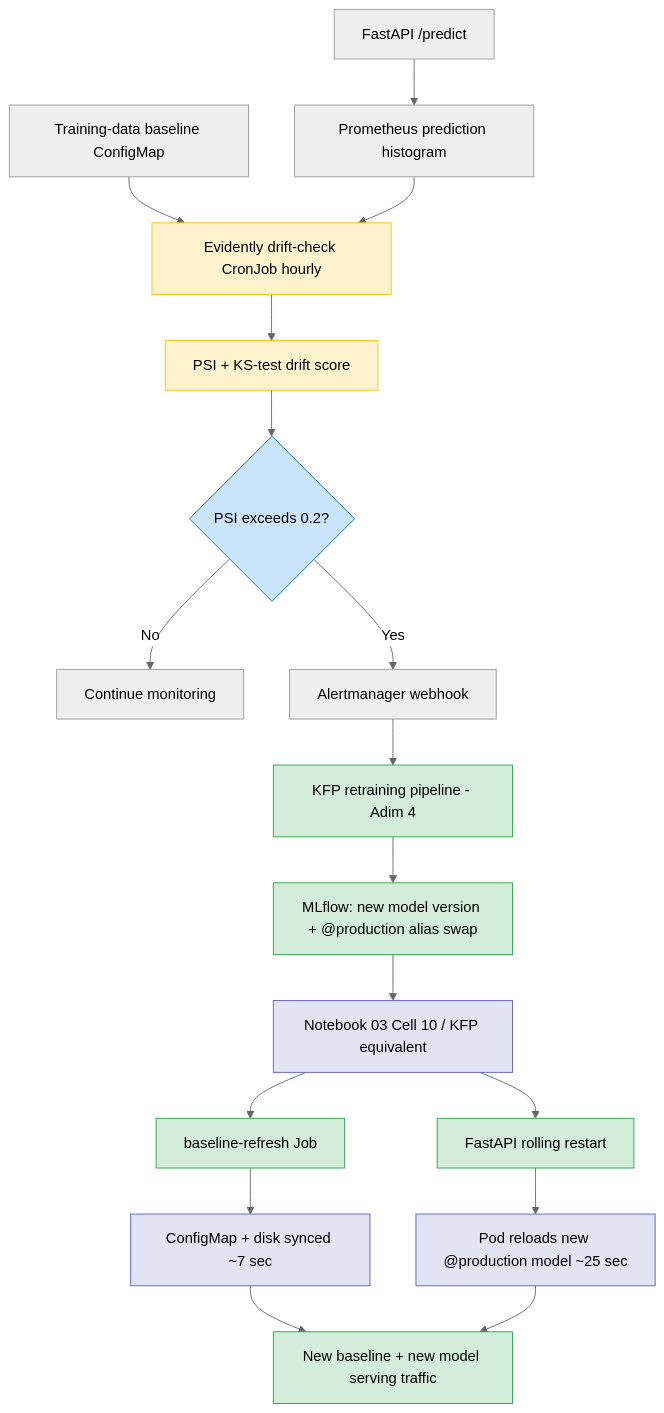
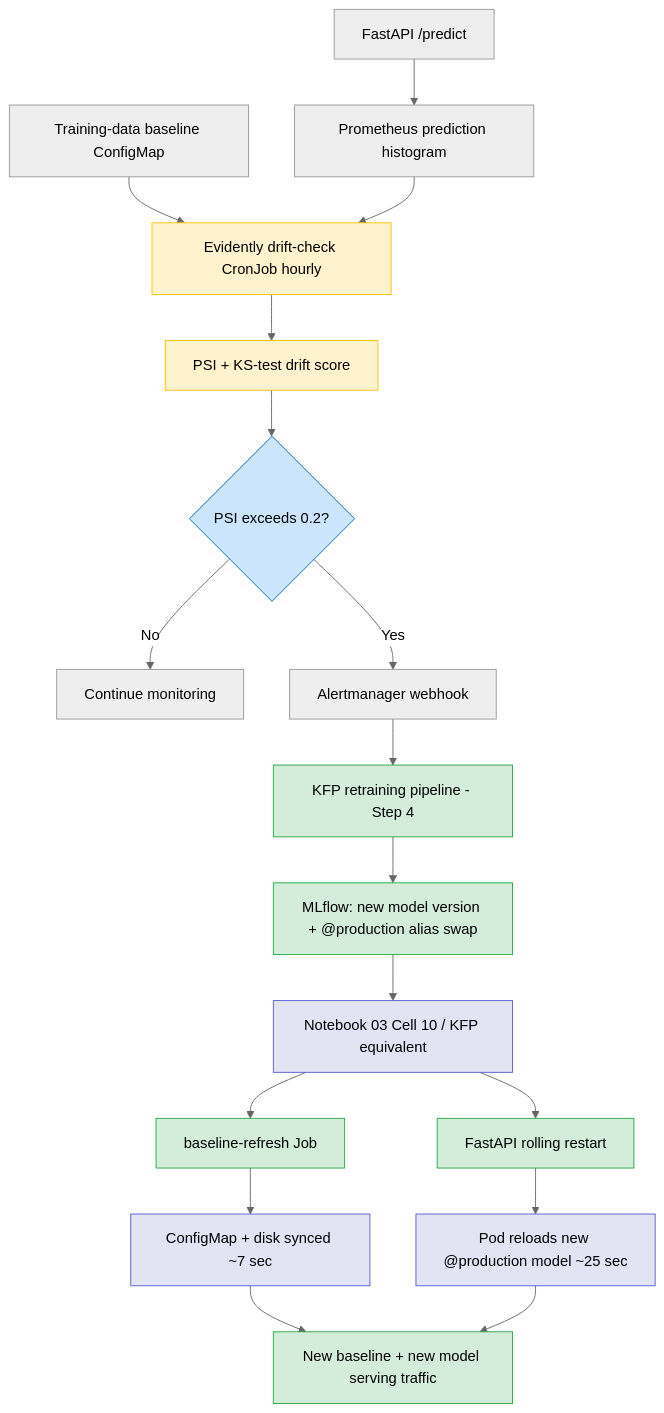
The second of 2 diagrams in README.md (dogancantorun8/thesis-infra), drawn with Mermaid (neutral theme) before and after one commit. The commit also changed other lines of this file and 42 other files, not shown here.

````diff
--- a/README.md
+++ b/README.md
@@ -139,29 +139,29 @@
 ```mermaid
 flowchart TD
     A[FastAPI /predict] --> B[Prometheus prediction histogram]
     C[Training-data baseline ConfigMap] --> D
     B --> D[Evidently drift-check CronJob hourly]
     D --> E[PSI + KS-test drift score]
     E --> F{PSI exceeds 0.2?}
     F -- No --> G[Continue monitoring]
     F -- Yes --> H[Alertmanager webhook]
-    H --> I[KFP retraining pipeline - Adim 4]
+    H --> I[KFP retraining pipeline - Step 4]
     I --> J[MLflow: new model version + @production alias swap]
     J --> P[Notebook 03 Cell 10 / KFP equivalent]
     P --> Q[baseline-refresh Job]
     P --> R[FastAPI rolling restart]
     Q --> S[ConfigMap + disk synced ~7 sec]
     R --> T[Pod reloads new @production model ~25 sec]
     S --> O[New baseline + new model serving traffic]
     T --> O
 
     classDef trigger fill:#fff3cd,stroke:#ffc107
     classDef action fill:#d4edda,stroke:#28a745
     classDef decision fill:#cce5ff,stroke:#0066cc
     classDef sync fill:#e2e3f3,stroke:#5a5fcf
 
     class D,E trigger
     class I,J,Q,R,O action
     class F decision
     class P,S,T sync
 ```
````
